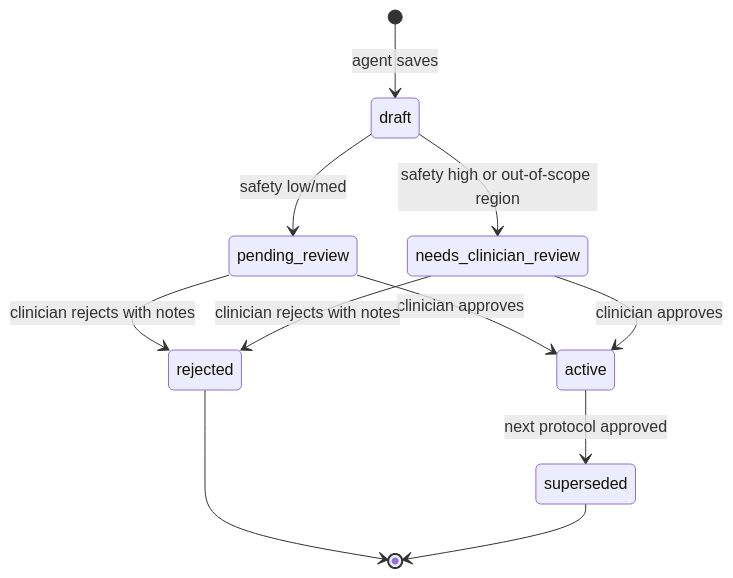
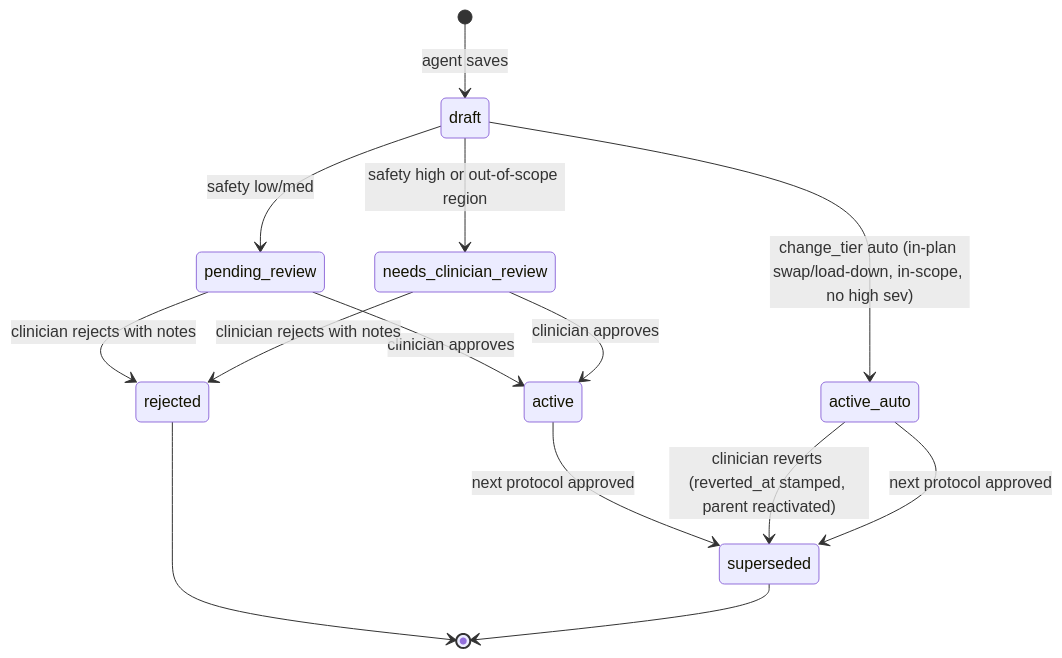
Before and after one commit to AndreChuabio/rehab-as-code: the second of 2 diagrams in docs/ARCHITECTURE.md, drawn with Mermaid. The commit also changed other lines of this file, not shown here.

First line of the commit message:
docs: record Coach Maya auto-apply tier in architecture

````diff
--- a/docs/ARCHITECTURE.md
+++ b/docs/ARCHITECTURE.md
@@ -163,13 +169,16 @@
 ```mermaid
 stateDiagram-v2
     [*] --> draft: agent saves
     draft --> pending_review: safety low/med
     draft --> needs_clinician_review: safety high or out-of-scope region
+    draft --> active_auto: change_tier auto (in-plan swap/load-down, in-scope, no high sev)
     pending_review --> active: clinician approves
     needs_clinician_review --> active: clinician approves
     pending_review --> rejected: clinician rejects with notes
     needs_clinician_review --> rejected: clinician rejects with notes
     active --> superseded: next protocol approved
+    active_auto --> superseded: clinician reverts (reverted_at stamped, parent reactivated)
+    active_auto --> superseded: next protocol approved
     rejected --> [*]
     superseded --> [*]
 ```
````
